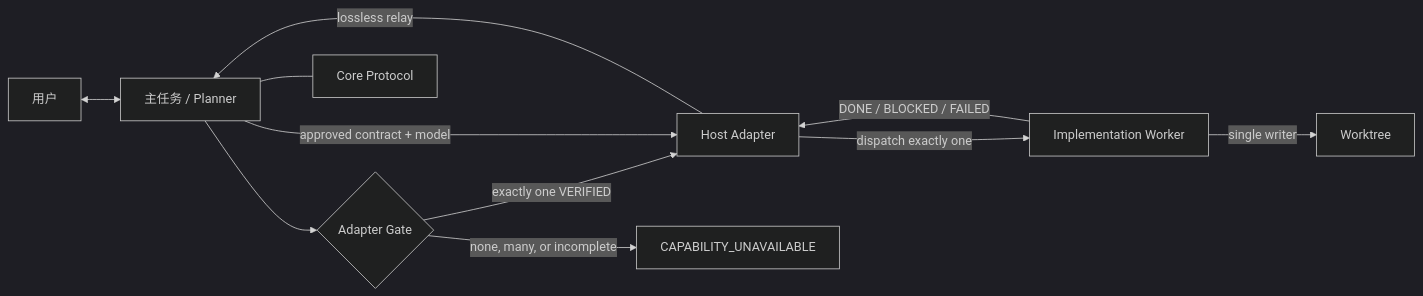
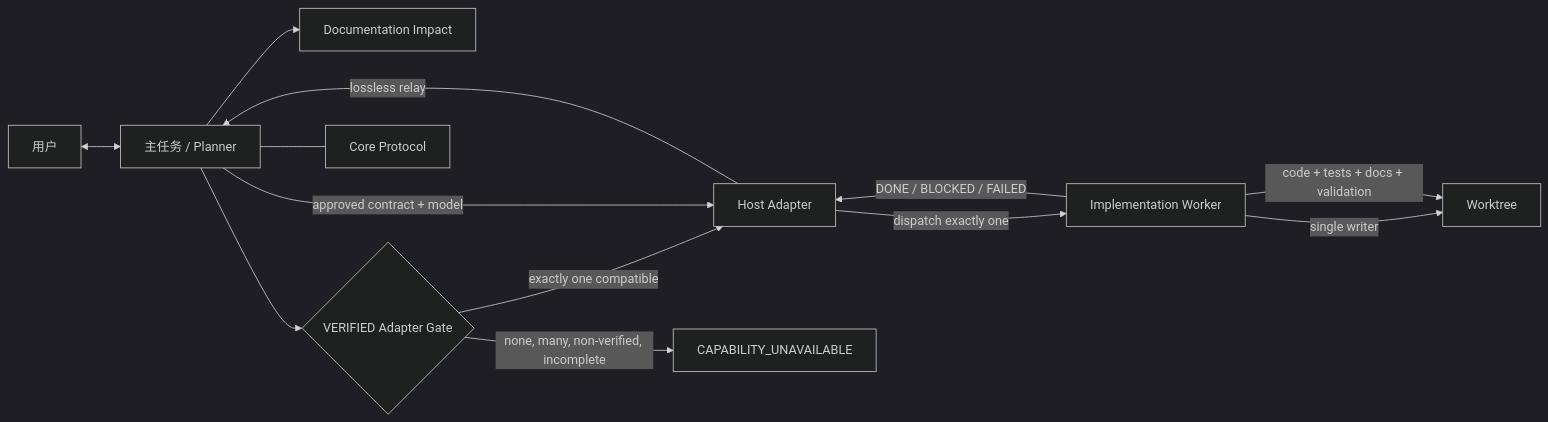
Before and after one commit to AmazingBuff/AmazingWorkflow: the diagram in lightweight-coding-agent-workflow-spec/DESIGN.md, drawn with Mermaid (dark theme). The commit also changed other lines of this file and 46 other files, not shown here.

````diff
--- a/lightweight-coding-agent-workflow-spec/DESIGN.md
+++ b/lightweight-coding-agent-workflow-spec/DESIGN.md
@@ -42,13 +44,15 @@
 ```mermaid
 flowchart LR
     U[用户] <--> P[主任务 / Planner]
-    P --> G{Adapter Gate}
-    G -->|exactly one VERIFIED| A[Host Adapter]
-    G -->|none, many, or incomplete| C[CAPABILITY_UNAVAILABLE]
+    P --> D[Documentation Impact]
+    P --> G{VERIFIED Adapter Gate}
+    G -->|exactly one compatible| A[Host Adapter]
+    G -->|none, many, non-verified, incomplete| C[CAPABILITY_UNAVAILABLE]
     P --- K[Core Protocol]
     P -->|approved contract + model| A
     A -->|dispatch exactly one| W[Implementation Worker]
     W -->|single writer| T[Worktree]
+    W -->|code + tests + docs + validation| T
     W -->|DONE / BLOCKED / FAILED| A
     A -->|lossless relay| P
 ```
````
